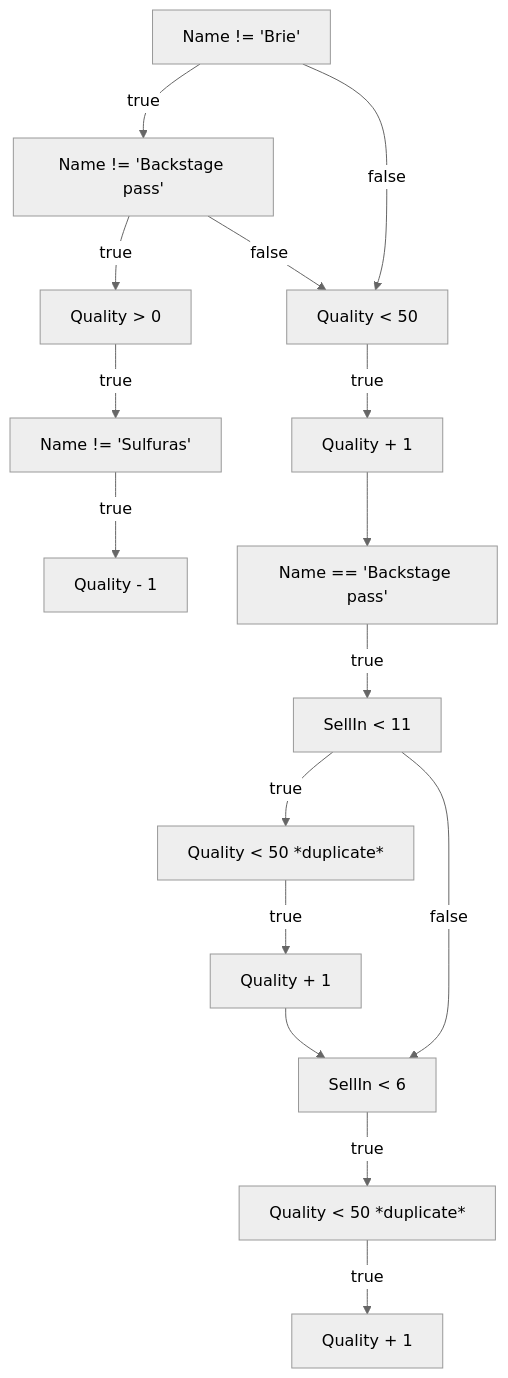
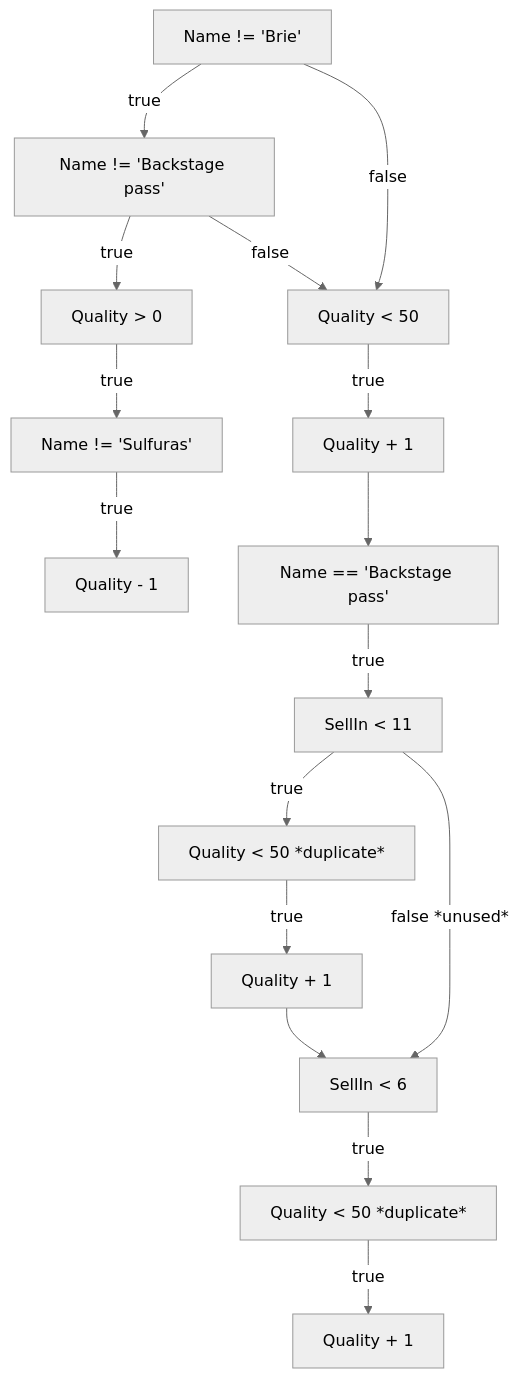
The first of 3 diagrams in README.md (A-Guldborg/assignment-05), drawn with Mermaid (neutral theme) before and after one commit. The commit also changed 2 other files, not shown here.

Commit message:
Tests (#3)
* Adds output.txt

* Add flowcharts

* First tests

* Fixed constructor scope

````diff
--- a/README.md
+++ b/README.md
@@ -5,18 +5,18 @@
 ```mermaid
 graph TD
     A[Name != 'Brie'] --true--> B[Name != 'Backstage pass']
     A --false--> C[Quality < 50]
     B --false--> C
     B --true--> D[Quality > 0]
     D --true--> E[Name != 'Sulfuras']
     E --true--> F[Quality - 1]
     C --true--> G[Quality + 1]
     G --> H[Name == 'Backstage pass']
     H --true--> I[SellIn < 11]
     I --true--> J[Quality < 50 *duplicate*]
     J --true--> K[Quality + 1]
-    I --false--> L[SellIn < 6]
+    I --false *unused*--> L[SellIn < 6]
     K --> L
     L --true--> M[Quality < 50 *duplicate*]
     M --true--> N[Quality + 1]
 ```
````
